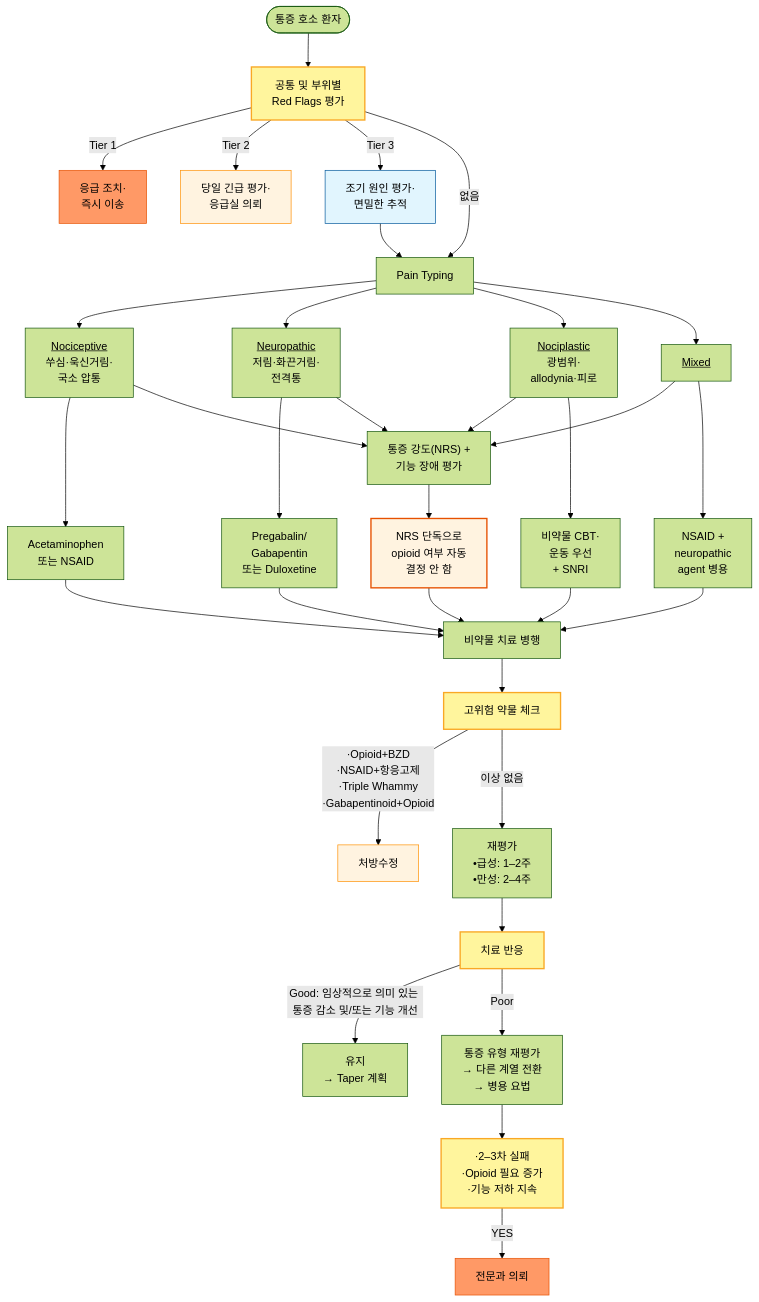
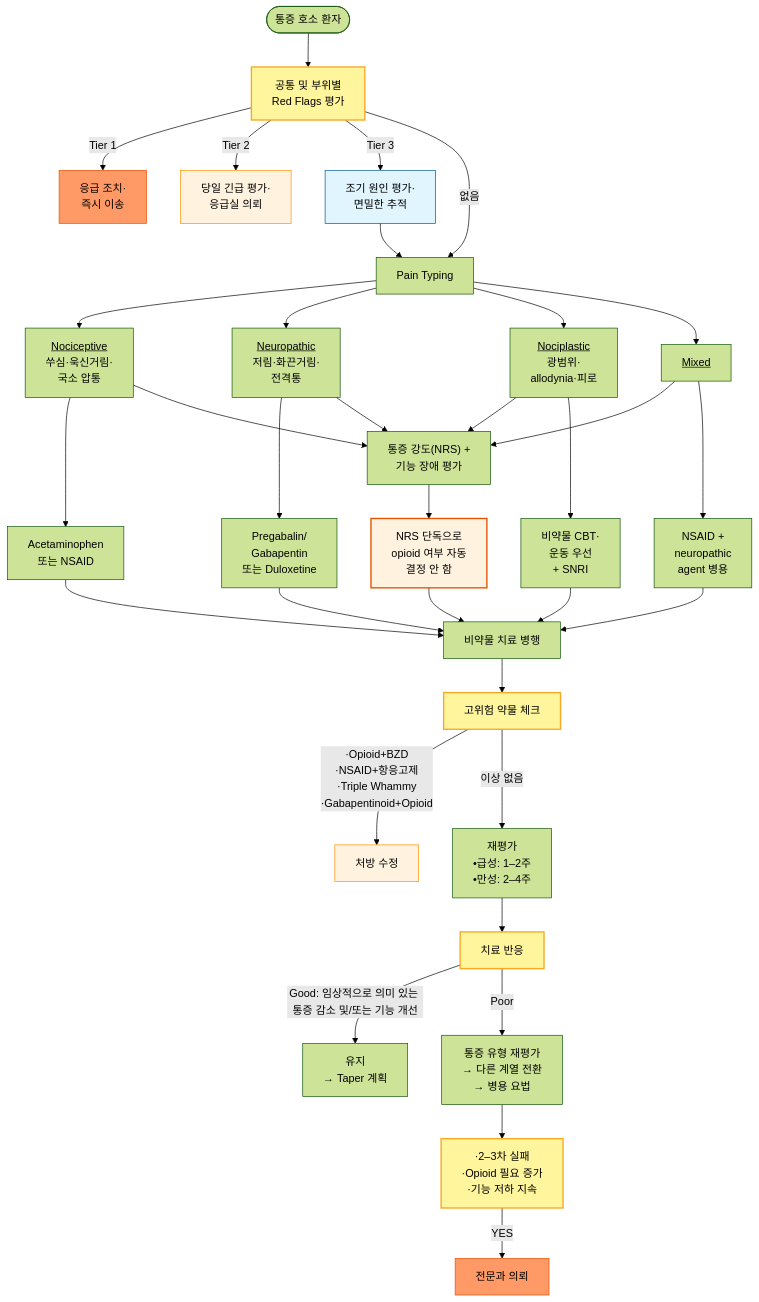
One commit to familyoh77/familyoh77 changed the first of 2 diagrams in 220_/001_-pain.md. Above: the diagram before and after it, drawn with Mermaid (forest theme). The commit also changed other lines of this file, not shown here.

````diff
--- a/220_/001_-pain.md
+++ b/220_/001_-pain.md
@@ -146,38 +146,38 @@
 ```mermaid
 flowchart TD
     A([통증 호소 환자]) --> B[공통 및 부위별\nRed Flags 평가]
     B -->|Tier 1| C[응급 조치·\n즉시 이송]
     B -->|Tier 2| C2[당일 긴급 평가·\n응급실 의뢰]
     B -->|Tier 3| C3[조기 원인 평가·\n면밀한 추적]
     B -->|없음| D[Pain Typing]
     C3 --> D
     D --> D1[<u>Nociceptive</u>\n쑤심·욱신거림·\n국소 압통]
     D --> D2[<u>Neuropathic</u>\n저림·화끈거림·\n전격통]
     D --> D3[<u>Nociplastic</u>\n광범위·\nallodynia·피로]
     D --> D4[<u>Mixed</u>]
     D1 --> F1[Acetaminophen \n또는 NSAID]
     D2 --> G1[Pregabalin/\nGabapentin\n또는 Duloxetine]
     D1 & D2 & D3 & D4 --> E["통증 강도(NRS) +\n 기능 장애 평가"]
     E --> E0["NRS 단독으로 \nopioid 여부 자동 \n결정 안 함"]
     D3 --> G2[비약물 CBT·\n운동 우선\n+ SNRI]
     D4 --> F2[NSAID +\nneuropathic \nagent 병용]
     E0 & F1 & G1 & G2 & F2 --> H[비약물 치료 병행]
     H --> I[고위험 약물 체크]
-    I --> |"·Opioid+BZD\n·NSAID+항응고제\n·Triple Whammy\n·Gabapentinoid+Opioid"| J[처방수정]
+    I --> |"·Opioid+BZD\n·NSAID+항응고제\n·Triple Whammy\n·Gabapentinoid+Opioid"| J[처방 수정]
     I -->|"이상 없음"| K[재평가\n•급성: 1–2주\n•만성: 2–4주]
     K --> L[치료 반응]
     L -->|Good: 임상적으로 의미 있는 통증 감소 및/또는 기능 개선| M[유지 \n→ Taper 계획]
     L -->|Poor| N[통증 유형 재평가\n→ 다른 계열 전환\n→ 병용 요법]
     N --> O[·2–3차 실패\n·Opioid 필요 증가\n·기능 저하 지속]
     O -->|YES| P[전문과 의뢰]
     style C fill:#f96,stroke:#e65100
     style C2 fill:#fff3e0,stroke:#ff8f00
     style C3 fill:#e1f5fe,stroke:#01579b
     style P fill:#f96,stroke:#e65100
     style J fill:#fff3e0,stroke:#ff8f00
     style E0 fill:#fff3e0,stroke:#e65100,stroke-width:2px
     style B fill:#fff59d,stroke:#f9a825,stroke-width:2px
     style I fill:#fff59d,stroke:#f9a825,stroke-width:2px
     style L fill:#fff59d,stroke:#f9a825,stroke-width:2px
     style O fill:#fff59d,stroke:#f9a825,stroke-width:2px
 ```
````
